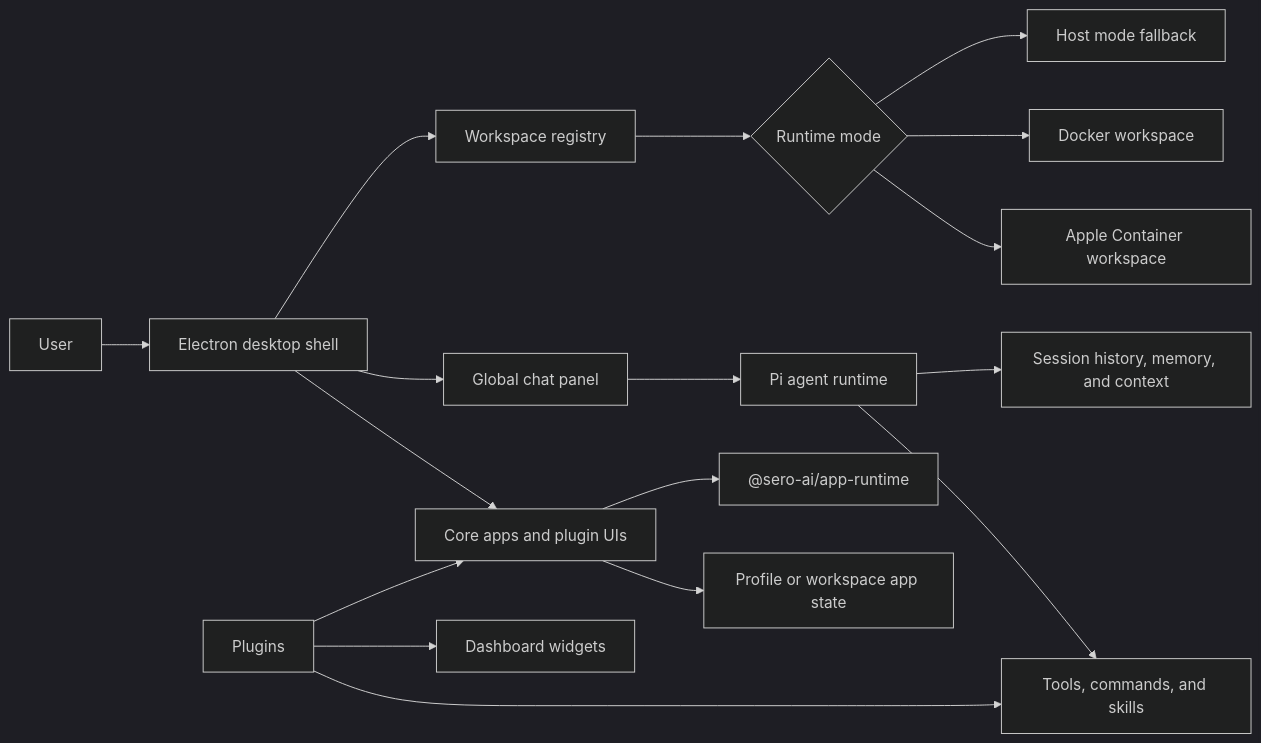
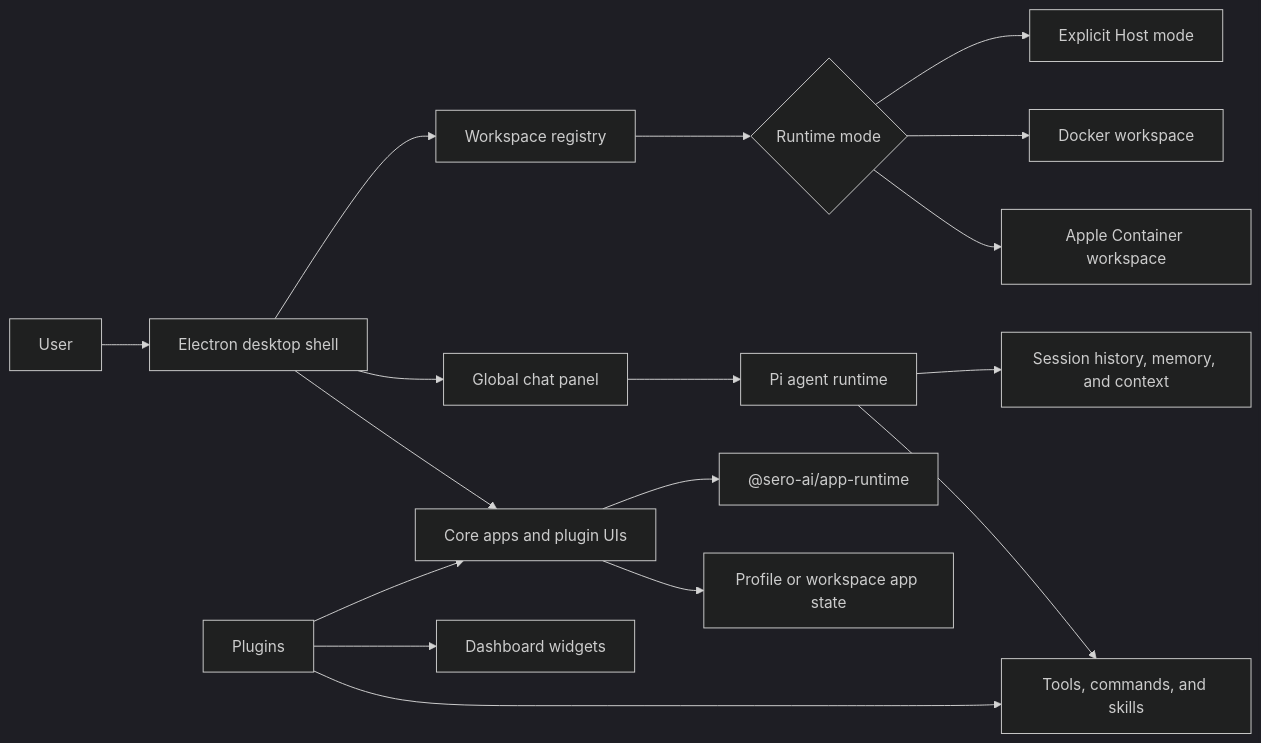
Before and after one commit to sero-labs/sero: the first of 2 diagrams in apps/docs-site/docs/reference/architecture.md, drawn with Mermaid (dark theme). The commit also changed other lines of this file and 56 other files, not shown here.

````diff
--- a/apps/docs-site/docs/reference/architecture.md
+++ b/apps/docs-site/docs/reference/architecture.md
@@ -15,24 +15,24 @@
 ```mermaid
 flowchart LR
   User[User] --> Shell[Electron desktop shell]
 
   Shell --> Apps[Core apps and plugin UIs]
   Shell --> Chat[Global chat panel]
   Shell --> Workspace[Workspace registry]
 
   Chat --> Pi[Pi agent runtime]
   Pi --> Tools[Tools, commands, and skills]
   Pi --> Context[Session history, memory, and context]
 
   Workspace --> Runtime{Runtime mode}
   Runtime --> Apple[Apple Container workspace]
   Runtime --> Docker[Docker workspace]
-  Runtime --> Host[Host mode fallback]
+  Runtime --> Host[Explicit Host mode]
 
   Apps --> AppRuntime["@sero-ai/app-runtime"]
   Apps --> AppState[Profile or workspace app state]
 
   Plugins[Plugins] --> Apps
   Plugins --> Tools
   Plugins --> Widgets[Dashboard widgets]
 ```
````
